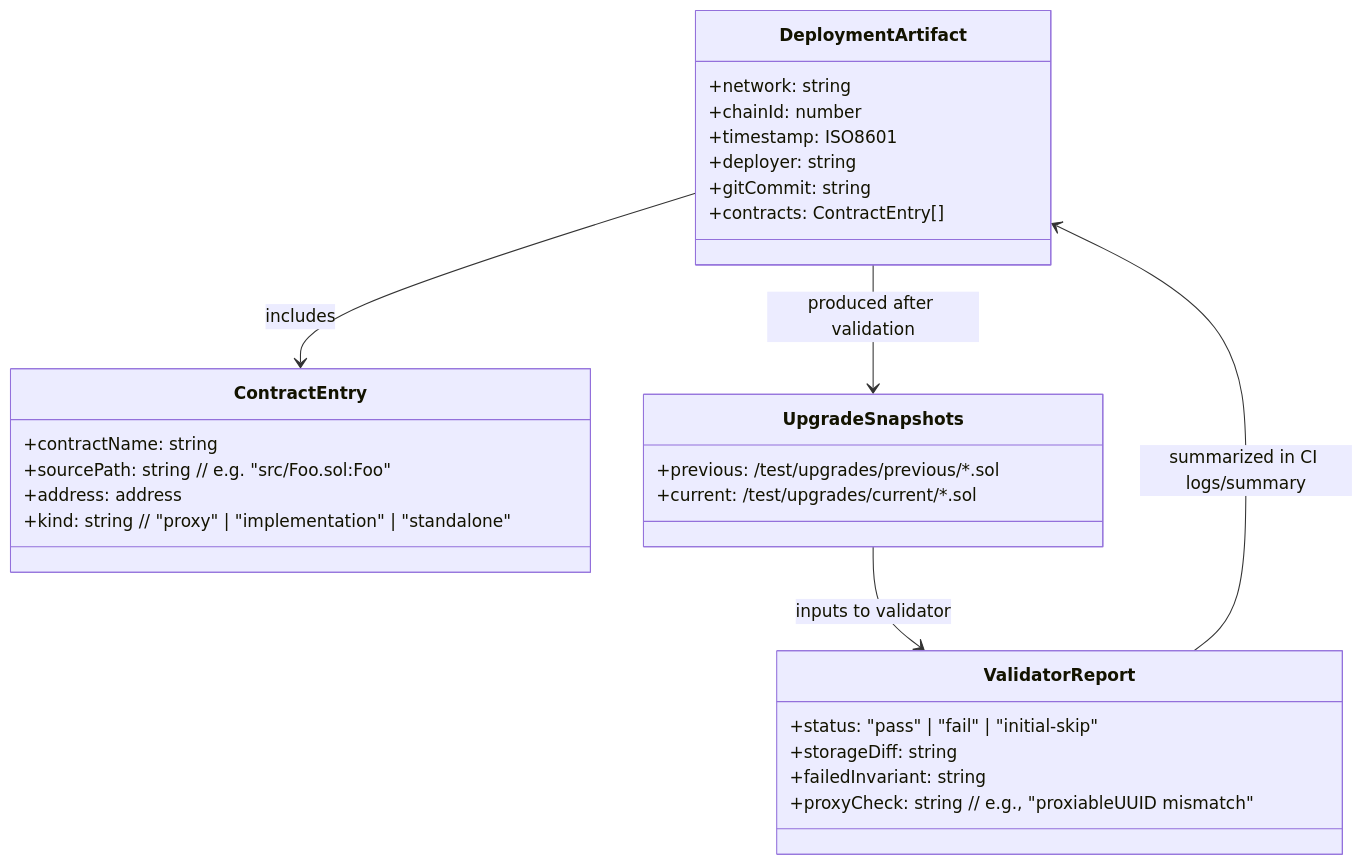
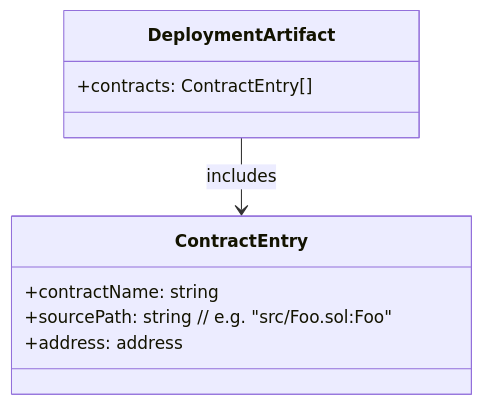
One commit to BreadchainCoop/etherform changed the third of 3 diagrams in docs/specs/ci-cd-automated-deployments.md. Above: the diagram before and after it, drawn with Mermaid. The commit also changed other lines of this file, not shown here.

Commit message:
docs: unify Deploy entrypoint, minimal artifact schema, and env mapping

````diff
--- a/docs/specs/ci-cd-automated-deployments.md
+++ b/docs/specs/ci-cd-automated-deployments.md
@@ -285,32 +301,15 @@
 ```mermaid
 classDiagram
 class DeploymentArtifact {
-  +network: string
-  +chainId: number
-  +timestamp: ISO8601
-  +deployer: string
-  +gitCommit: string
   +contracts: ContractEntry[]
 }
+
 class ContractEntry {
   +contractName: string
   +sourcePath: string  // e.g. "src/Foo.sol:Foo"
   +address: address
-  +kind: string        // "proxy" | "implementation" | "standalone"
-}
-class UpgradeSnapshots {
-  +previous: /test/upgrades/previous/*.sol
-  +current:  /test/upgrades/current/*.sol
-}
-class ValidatorReport {
-  +status: "pass" | "fail" | "initial-skip"
-  +storageDiff: string
-  +failedInvariant: string
-  +proxyCheck: string  // e.g., "proxiableUUID mismatch"
 }
 
 DeploymentArtifact --> ContractEntry : includes
-DeploymentArtifact --> UpgradeSnapshots : produced after validation
-UpgradeSnapshots --> ValidatorReport : inputs to validator
-ValidatorReport --> DeploymentArtifact : summarized in CI logs/summary
+
 ```
````
